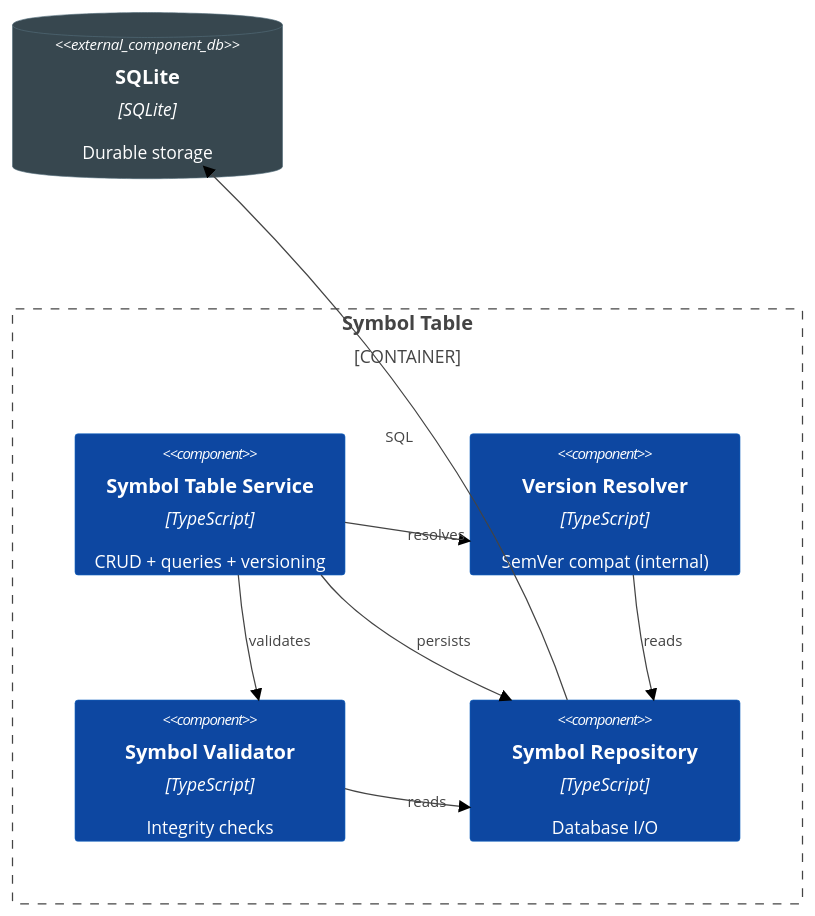
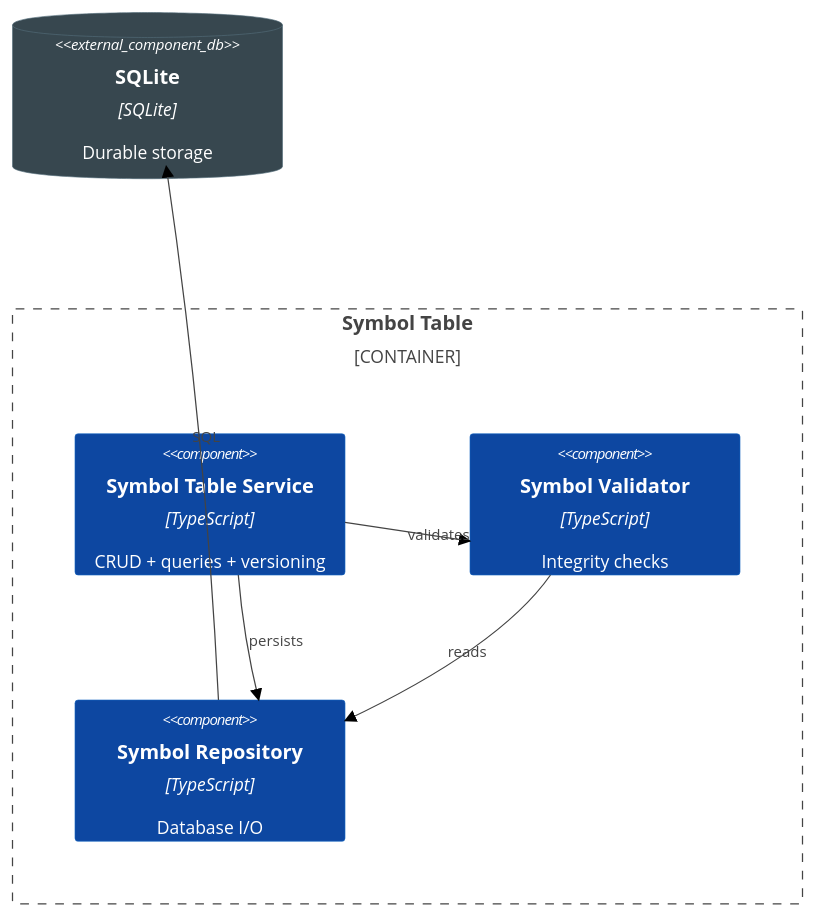
The first of 2 diagrams in docs/c4/symbol-table.md (louipr/cyrus-code), drawn with Mermaid (forest theme) before and after one commit. The commit also changed other lines of this file and 14 other files, not shown here.

First line of the commit message:
docs: comprehensive C4 documentation review and MermaidParser implementation

````diff
--- a/docs/c4/symbol-table.md
+++ b/docs/c4/symbol-table.md
@@ -5,24 +5,20 @@
 ```mermaid
 C4Component
     Container_Boundary(st, "Symbol Table") {
         Component(store, "Symbol Table Service", "TypeScript", "CRUD + queries + versioning")
-        Component(version, "Version Resolver", "TypeScript", "SemVer compat (internal)")
         Component(validator, "Symbol Validator", "TypeScript", "Integrity checks")
         Component(persist, "Symbol Repository", "TypeScript", "Database I/O")
     }
 
     ComponentDb_Ext(db, "SQLite", "SQLite", "Durable storage")
 
-    Rel(store, version, "resolves")
     Rel(store, validator, "validates")
     Rel(store, persist, "persists")
-    Rel(version, persist, "reads")
     Rel(validator, persist, "reads")
     Rel(persist, db, "SQL")
 
     UpdateElementStyle(store, $bgColor="#0d47a1", $fontColor="#ffffff", $borderColor="#1565c0")
-    UpdateElementStyle(version, $bgColor="#0d47a1", $fontColor="#ffffff", $borderColor="#1565c0")
     UpdateElementStyle(validator, $bgColor="#0d47a1", $fontColor="#ffffff", $borderColor="#1565c0")
     UpdateElementStyle(persist, $bgColor="#0d47a1", $fontColor="#ffffff", $borderColor="#1565c0")
     UpdateElementStyle(db, $bgColor="#37474f", $fontColor="#ffffff", $borderColor="#546e7a")
 ```
````
